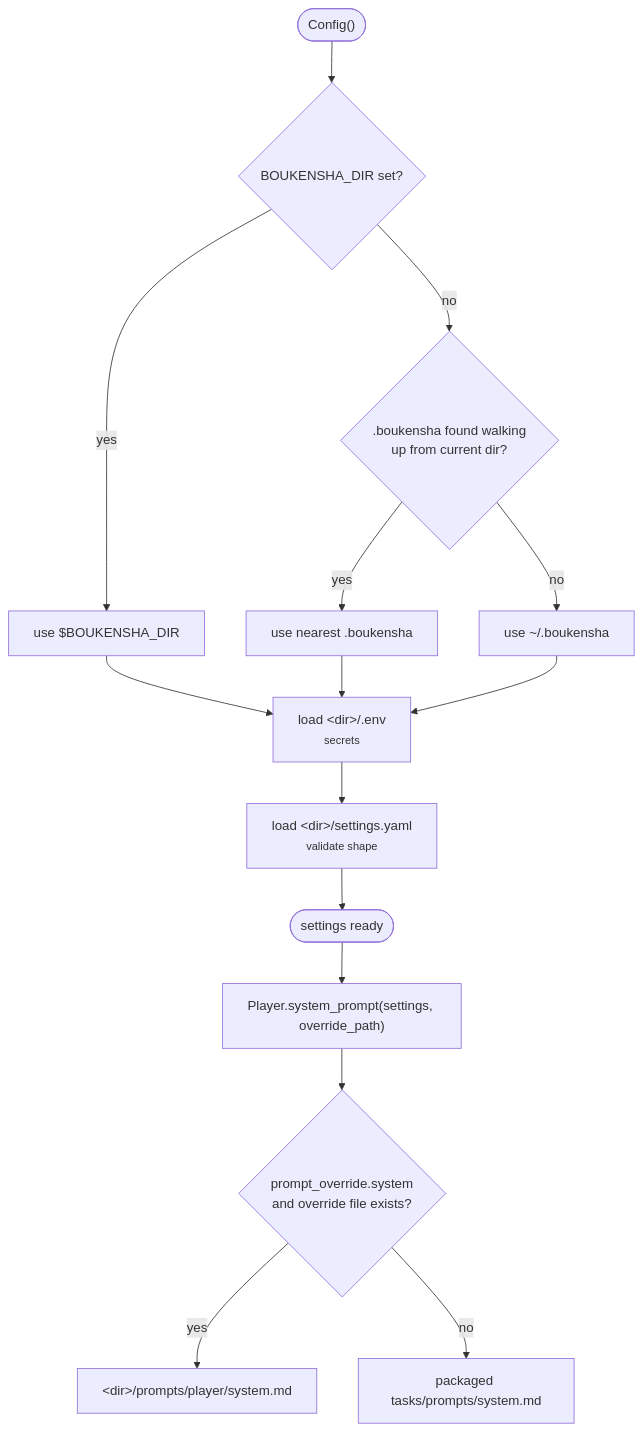
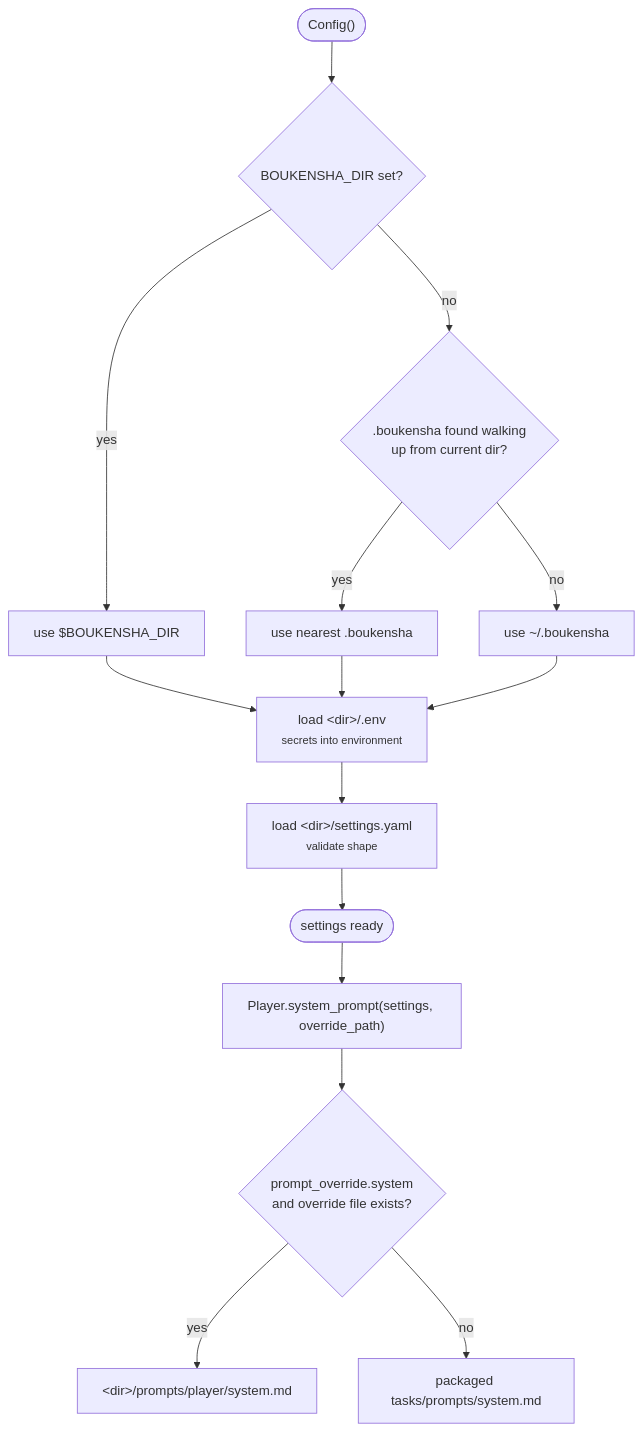
The diagram in week1_baseline/agent/00_config/README.md (IbnouT/claude-code-camp-2026-Q2), drawn with Mermaid before and after one commit. The commit also changed other lines of this file and 4 other files, not shown here.

````diff
--- a/week1_baseline/agent/00_config/README.md
+++ b/week1_baseline/agent/00_config/README.md
@@ -107,18 +32,18 @@
 ```mermaid
 flowchart TB
     Start(["Config()"]) --> Dir{"BOUKENSHA_DIR set?"}
     Dir -- yes --> UseEnv["use $BOUKENSHA_DIR"]
     Dir -- no --> Walk{".boukensha found walking<br/>up from current dir?"}
     Walk -- yes --> UseLocal["use nearest .boukensha"]
     Walk -- no --> UseHome["use ~/.boukensha"]
-    UseEnv --> Env["load &lt;dir&gt;/.env<br/><small>secrets</small>"]
+    UseEnv --> Env["load &lt;dir&gt;/.env<br/><small>secrets into environment</small>"]
     UseLocal --> Env
     UseHome --> Env
     Env --> Yaml["load &lt;dir&gt;/settings.yaml<br/><small>validate shape</small>"]
     Yaml --> Ready(["settings ready"])
 
     Ready --> T["Player.system_prompt(settings, override_path)"]
     T --> Ovr{"prompt_override.system<br/>and override file exists?"}
     Ovr -- yes --> UserP["&lt;dir&gt;/prompts/player/system.md"]
     Ovr -- no --> DefP["packaged tasks/prompts/system.md"]
 ```
````
